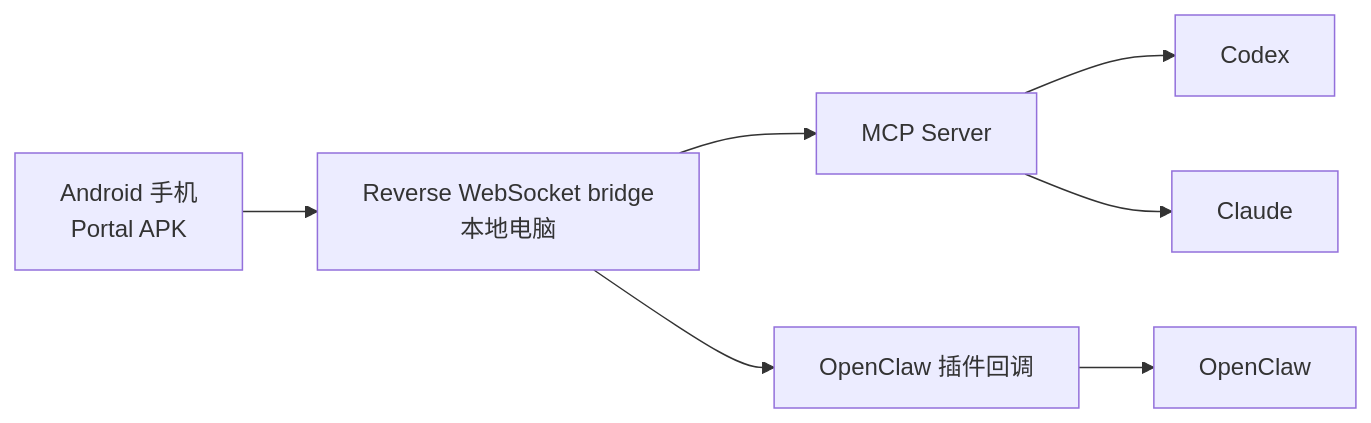
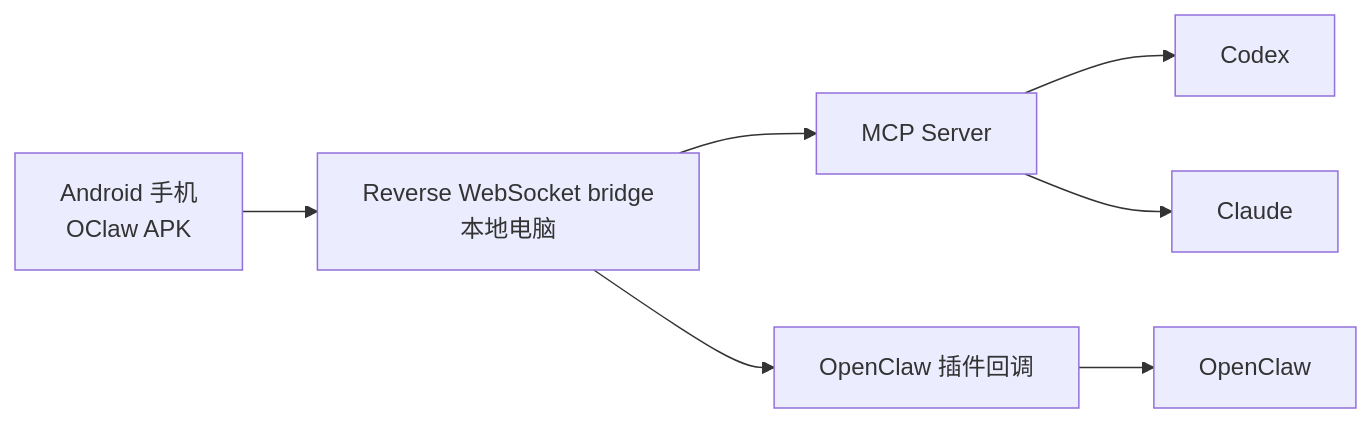
The diagram in README.zh-CN.md (ousir0/Agent-mobile-toolkit), drawn with Mermaid before and after one commit. The commit also changed other lines of this file and 13 other files, not shown here.

````diff
--- a/README.zh-CN.md
+++ b/README.zh-CN.md
@@ -20,9 +20,9 @@
 ```mermaid
 flowchart LR
-  phone["Android 手机<br/>Portal APK"] --> ws["Reverse WebSocket bridge<br/>本地电脑"]
+  phone["Android 手机<br/>OClaw APK"] --> ws["Reverse WebSocket bridge<br/>本地电脑"]
   ws --> mcp["MCP Server"]
   ws --> plugin["OpenClaw 插件回调"]
   mcp --> codex["Codex"]
   mcp --> claude["Claude"]
   plugin --> openclaw["OpenClaw"]
 ```
````
